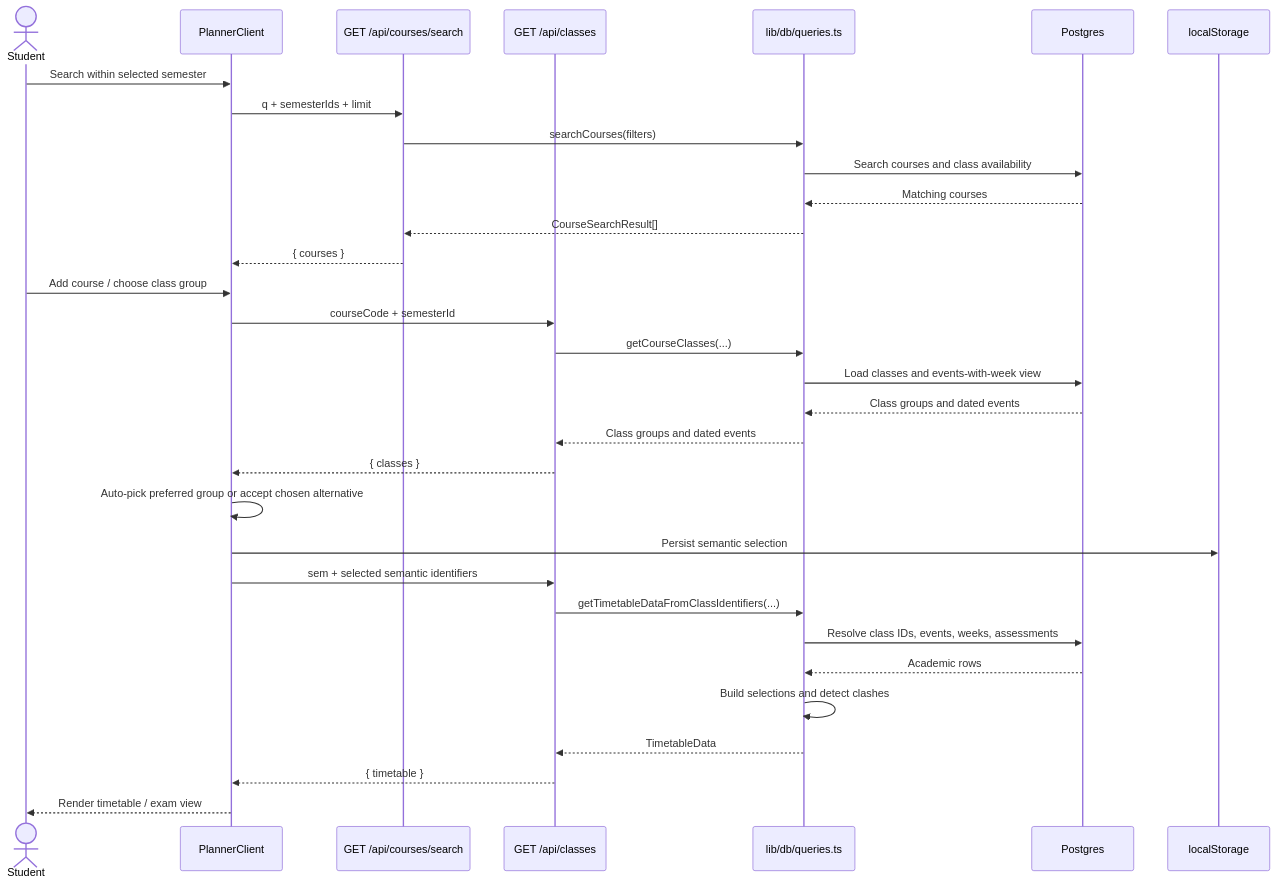
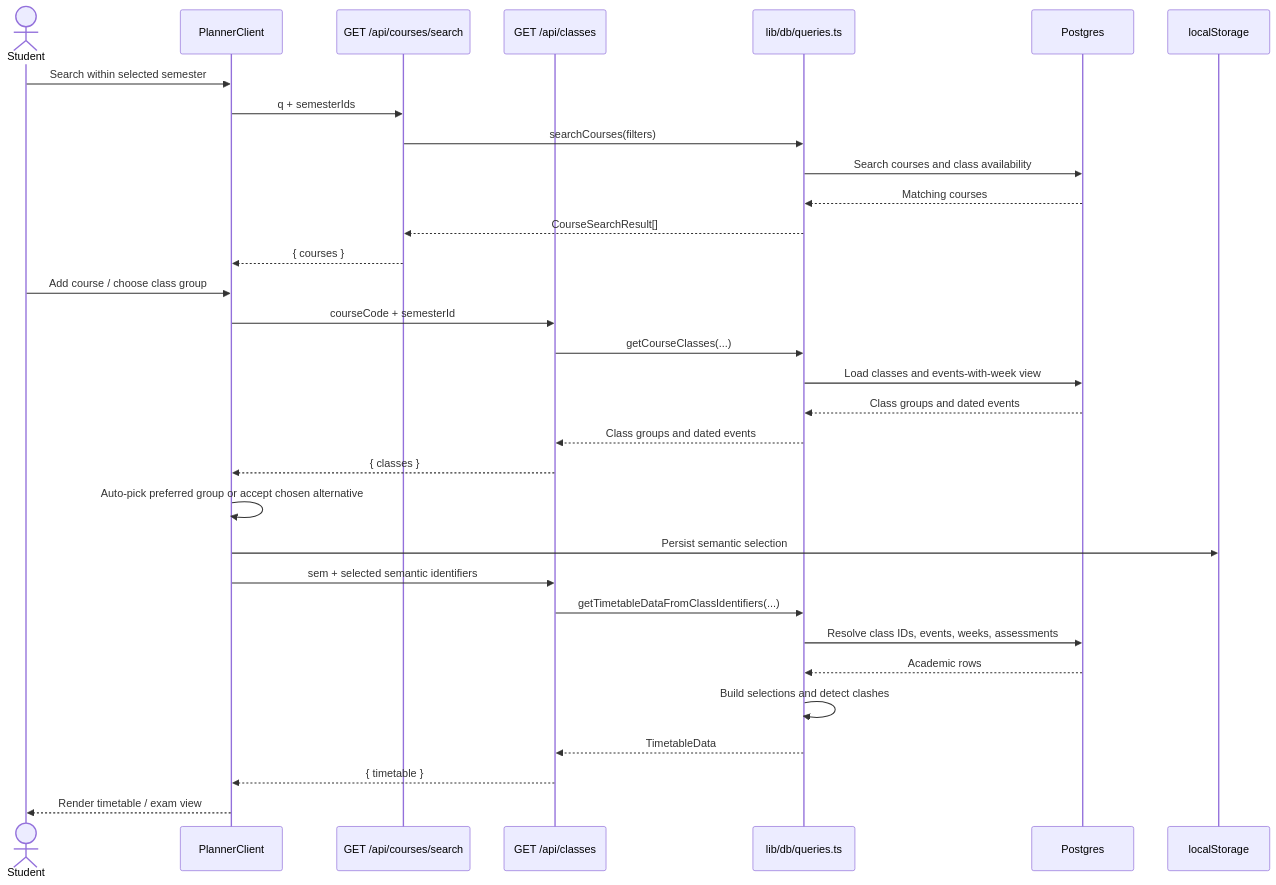
One commit to lester-td/SUSSplanner changed diagram 12 of 14 in docs/DeveloperGuide.md. Above: the diagram before and after it, drawn with Mermaid. The commit also changed other lines of this file, not shown here.

Commit message:
Update DeveloperGuide.md
Updated developer docs to remove the course search `limit` parameter.

````diff
--- a/docs/DeveloperGuide.md
+++ b/docs/DeveloperGuide.md
@@ -1054,37 +1054,37 @@
 ```mermaid
 sequenceDiagram
     actor Student
     participant UI as PlannerClient
     participant Search as GET /api/courses/search
     participant Classes as GET /api/classes
     participant Queries as lib/db/queries.ts
     participant DB as Postgres
     participant Storage as localStorage
 
     Student->>UI: Search within selected semester
-    UI->>Search: q + semesterIds + limit
+    UI->>Search: q + semesterIds
     Search->>Queries: searchCourses(filters)
     Queries->>DB: Search courses and class availability
     DB-->>Queries: Matching courses
     Queries-->>Search: CourseSearchResult[]
     Search-->>UI: { courses }
 
     Student->>UI: Add course / choose class group
     UI->>Classes: courseCode + semesterId
     Classes->>Queries: getCourseClasses(...)
     Queries->>DB: Load classes and events-with-week view
     DB-->>Queries: Class groups and dated events
     Queries-->>Classes: Class groups and dated events
     Classes-->>UI: { classes }
     UI->>UI: Auto-pick preferred group or accept chosen alternative
     UI->>Storage: Persist semantic selection
 
     UI->>Classes: sem + selected semantic identifiers
     Classes->>Queries: getTimetableDataFromClassIdentifiers(...)
     Queries->>DB: Resolve class IDs, events, weeks, assessments
     DB-->>Queries: Academic rows
     Queries->>Queries: Build selections and detect clashes
     Queries-->>Classes: TimetableData
     Classes-->>UI: { timetable }
     UI-->>Student: Render timetable / exam view
 ```
````
